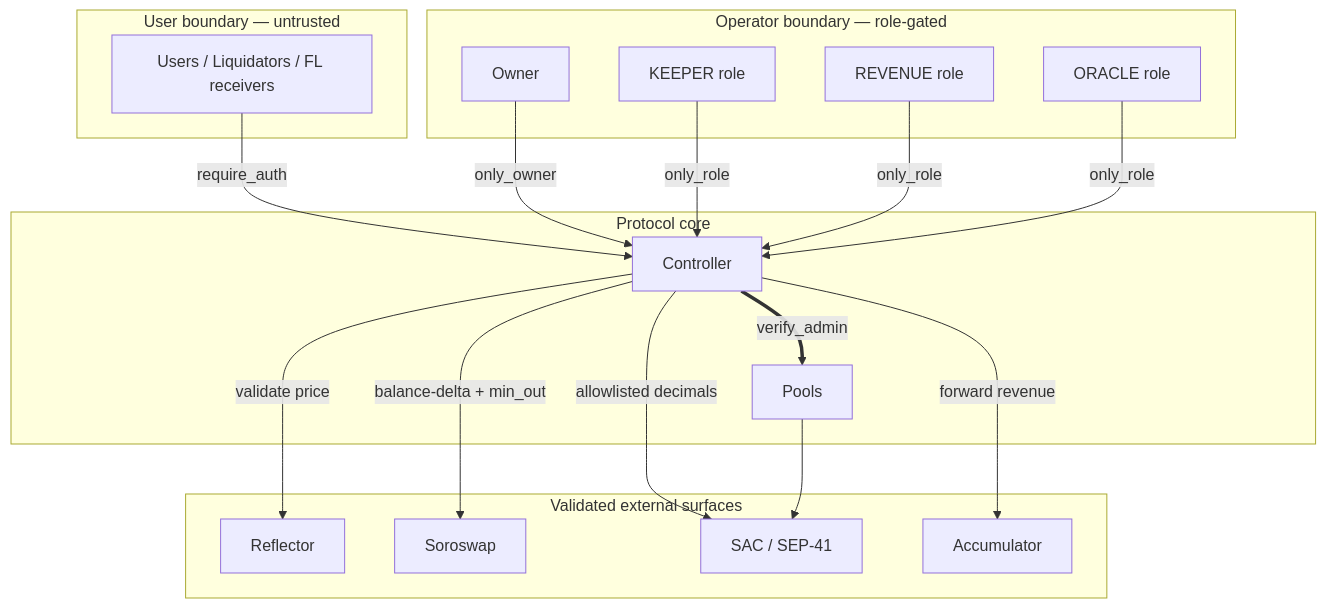
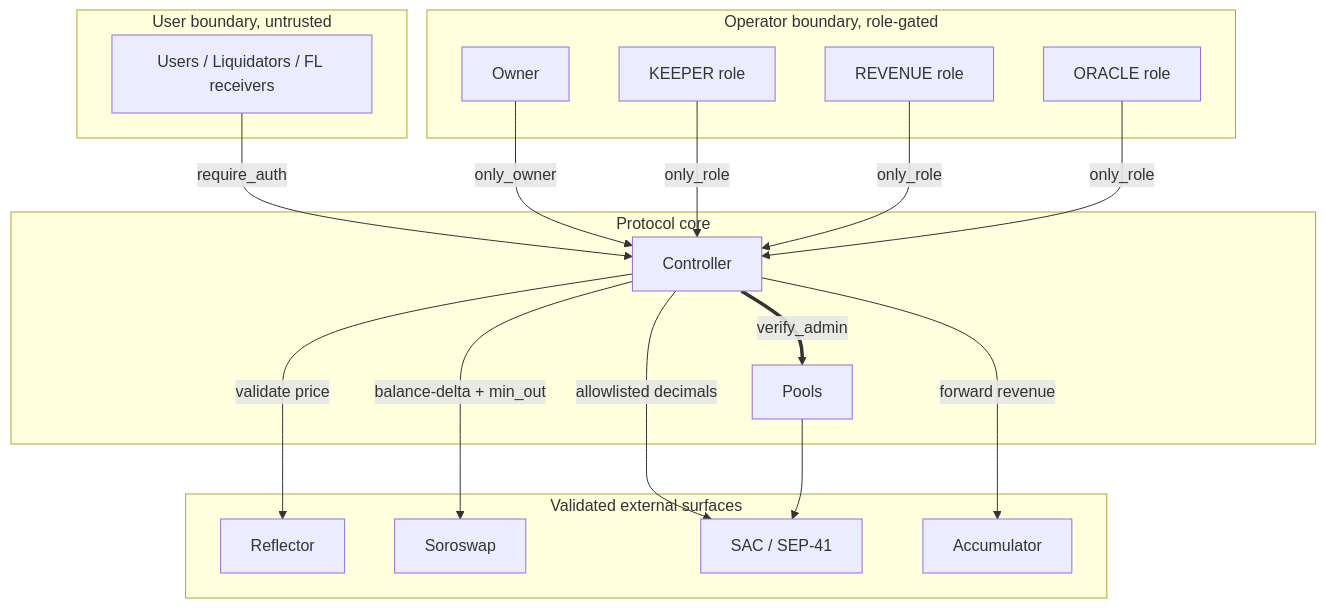
Before and after one commit to XOXNO/rs-lending-xlm: diagram 14 of 15 in SCF_BUILD_ARCHITECTURE.md, drawn with Mermaid. The commit also changed other lines of this file and 134 other files, not shown here.

````diff
--- a/SCF_BUILD_ARCHITECTURE.md
+++ b/SCF_BUILD_ARCHITECTURE.md
@@ -708,38 +710,38 @@
 ```mermaid
 flowchart TB
-    subgraph TB1["User boundary — untrusted"]
+    subgraph TB1["User boundary, untrusted"]
         UserBox["Users / Liquidators / FL receivers"]
     end
 
-    subgraph TB2["Operator boundary — role-gated"]
+    subgraph TB2["Operator boundary, role-gated"]
         Owner["Owner"]
         Keeper["KEEPER role"]
         Revenue["REVENUE role"]
         OracleRole["ORACLE role"]
     end
 
     subgraph TB3["Protocol core"]
         Controller["Controller"]
         Pools["Pools"]
     end
 
     subgraph TB4["Validated external surfaces"]
         Reflector
         Soroswap
         Tokens["SAC / SEP-41"]
         Accumulator
     end
 
     UserBox -->|"require_auth"| Controller
     Owner -->|"only_owner"| Controller
     Keeper -->|"only_role"| Controller
     Revenue -->|"only_role"| Controller
     OracleRole -->|"only_role"| Controller
 
     Controller ==>|"verify_admin"| Pools
     Controller -->|"validate price"| Reflector
     Controller -->|"balance-delta + min_out"| Soroswap
     Controller -->|"allowlisted decimals"| Tokens
     Pools --> Tokens
     Controller -->|"forward revenue"| Accumulator
 ```
````
